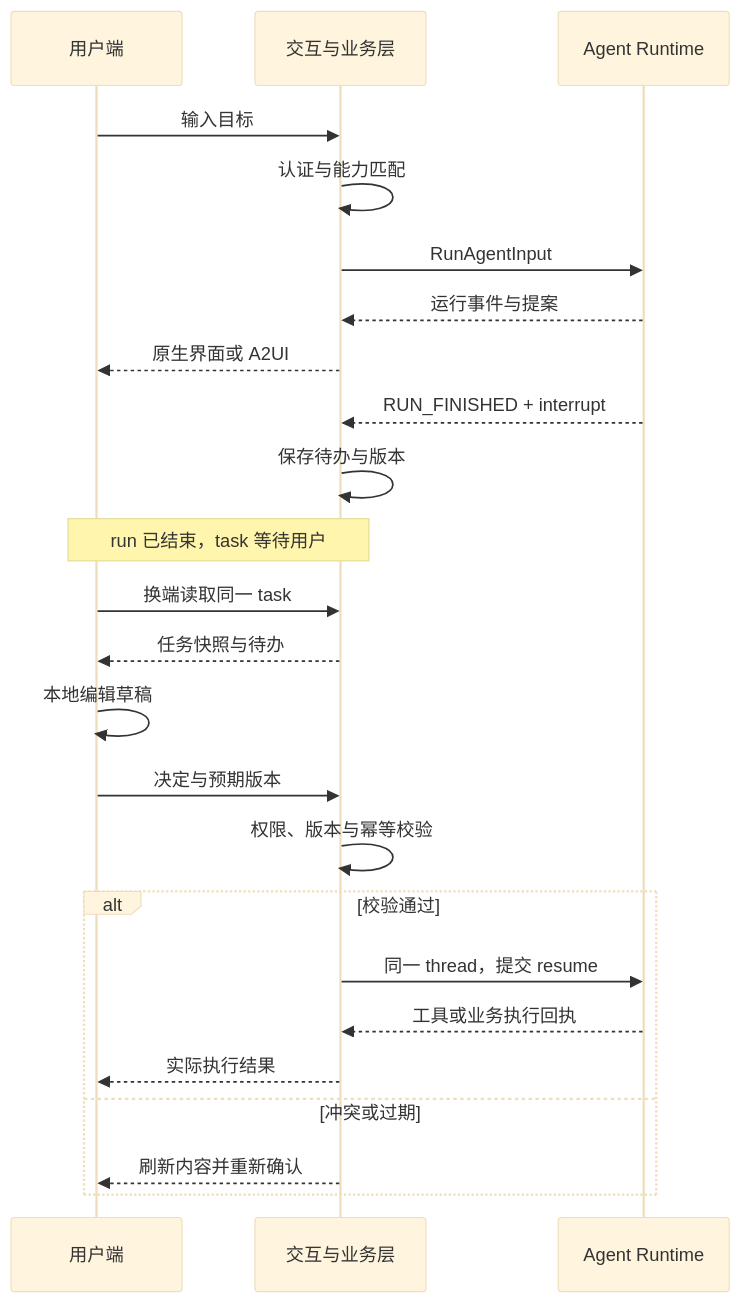
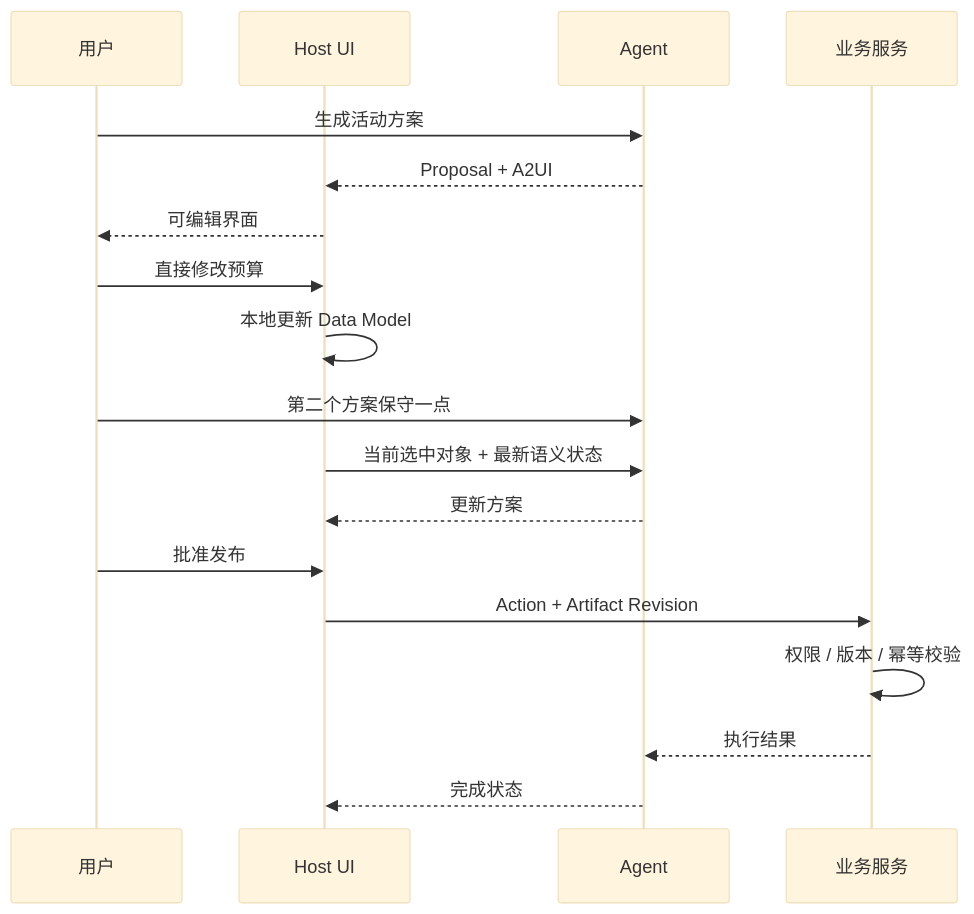
Diagram 12 of 14 in profiles/default/content/zh/notes/ag-ui-a2ui-agent-runtime-generative-ui-ai-native.mdx (Nunchakus888/dossierkit), drawn with Mermaid (base theme) before and after one commit. The commit also changed other lines of this file, not shown here.

Commit message:
Update note: AG-UI 与 A2UI：构建跨 Agent、跨平台的交互架构

````diff
--- a/profiles/default/content/zh/notes/ag-ui-a2ui-agent-runtime-generative-ui-ai-native.mdx
+++ b/profiles/default/content/zh/notes/ag-ui-a2ui-agent-runtime-generative-ui-ai-native.mdx
@@ -333,28 +730,24 @@
-```mermaid
+~~~mermaid
 sequenceDiagram
-  accTitle: 用户编辑与跨端恢复如何进入同一任务
-  accDescr: 交互层认证并匹配能力，将请求交给 Agent。运行以中断结束后保存待办；用户在另一端读取任务并提交决定，校验通过才恢复执行，否则重新确认。
-  participant U as 用户端
-  participant G as 交互与业务层
-  participant A as Agent Runtime
-  U->>G: 输入目标
-  G->>G: 认证与能力匹配
-  G->>A: RunAgentInput
-  A-->>G: 运行事件与提案
-  G-->>U: 原生界面或 A2UI
-  A-->>G: RUN_FINISHED + interrupt
-  G->>G: 保存待办与版本
-  Note over U,G: run 已结束，task 等待用户
-  U->>G: 换端读取同一 task
-  G-->>U: 任务快照与待办
-  U->>U: 本地编辑草稿
-  U->>G: 决定与预期版本
-  G->>G: 权限、版本与幂等校验
-  alt 校验通过
-    G->>A: 同一 thread，提交 resume
-    A-->>G: 工具或业务执行回执
-    G-->>U: 实际执行结果
-  else 冲突或过期
-    G-->>U: 刷新内容并重新确认
-  end
-```
+  participant U as 用户
+  participant H as Host UI
+  participant A as Agent
+  participant B as 业务服务
+
+  U->>A: 生成活动方案
+  A-->>H: Proposal + A2UI
+  H-->>U: 可编辑界面
+
+  U->>H: 直接修改预算
+  H->>H: 本地更新 Data Model
+
+  U->>A: 第二个方案保守一点
+  H->>A: 当前选中对象 + 最新语义状态
+  A-->>H: 更新方案
+
+  U->>H: 批准发布
+  H->>B: Action + Artifact Revision
+  B->>B: 权限 / 版本 / 幂等校验
+  B-->>A: 执行结果
+  A-->>H: 完成状态
+~~~
````
